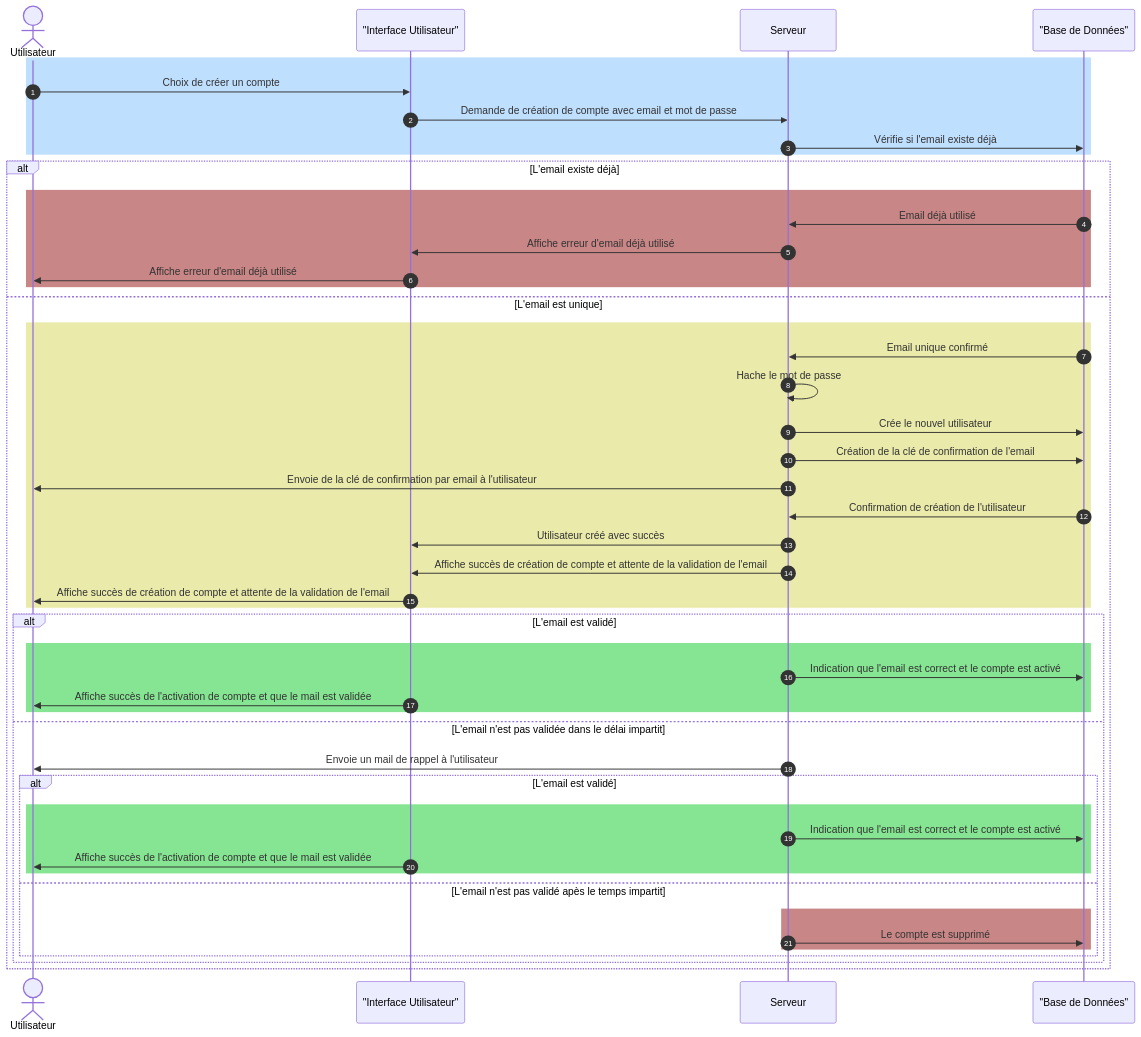
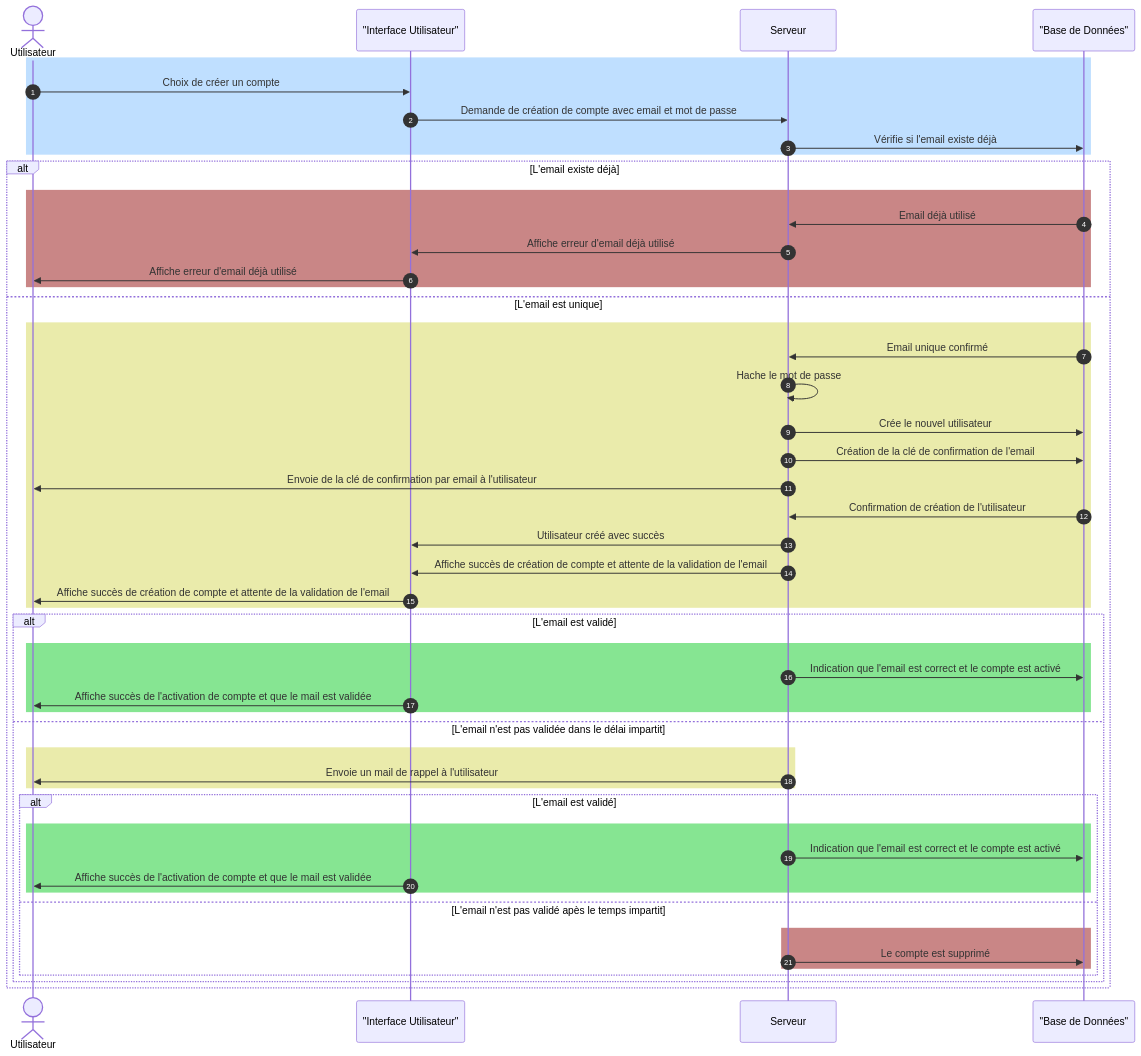
Before and after one commit to ecorbisierSimplon/chefdoeuvre: the diagram in 04_SEQUENCE_DIAGRAMME.md, drawn with Mermaid.

Commit message:
Change Diagramme

````diff
--- a/04_SEQUENCE_DIAGRAMME.md
+++ b/04_SEQUENCE_DIAGRAMME.md
@@ -3,53 +3,55 @@
 ```mermaid
 sequenceDiagram
     autonumber
     actor U as Utilisateur
     participant UI as "Interface Utilisateur"
     participant S as Serveur
     participant DB as "Base de Données"
 
     rect rgb(191, 223, 255)
         U->>UI: Choix de créer un compte
         UI->>S: Demande de création de compte avec email et mot de passe
         S->>DB: Vérifie si l'email existe déjà
     end
     alt L'email existe déjà
         rect rgb(201 134 134)
             DB->>S: Email déjà utilisé
             S->>UI: Affiche erreur d'email déjà utilisé
             UI->>U: Affiche erreur d'email déjà utilisé
         end
     else L'email est unique
         rect rgb(234 235 171)
             DB->>S: Email unique confirmé
             S->>S: Hache le mot de passe
             S->>DB: Crée le nouvel utilisateur
             S->>DB: Création de la clé de confirmation de l'email
             S->>U: Envoie de la clé de confirmation par email à l'utilisateur
             DB->>S: Confirmation de création de l'utilisateur
             S->>UI: Utilisateur créé avec succès
             S->>UI: Affiche succès de création de compte et attente de la validation de l'email
             UI->>U: Affiche succès de création de compte et attente de la validation de l'email
         end
         alt L'email est validé
             rect rgb(134 229 146)
                 S->>DB: Indication que l'email est correct et le compte est activé
                 UI->>U: Affiche succès de l'activation de compte et que le mail est validée
             end
         else L'email n'est pas validée dans le délai impartit
-                S->>U: Envoie un mail de rappel à l'utilisateur
+                rect rgb(234 235 171)
+                    S->>U: Envoie un mail de rappel à l'utilisateur
+                end
             alt L'email est validé
                 rect rgb(134 229 146)
                     S->>DB: Indication que l'email est correct et le compte est activé
                     UI->>U: Affiche succès de l'activation de compte et que le mail est validée
                 end
             else L'email n'est pas validé apès le temps impartit
                 rect rgb(201 134 134)
                     S->>DB: Le compte est supprimé
                 end
             end
         end
     end
 
 
 ```
````
